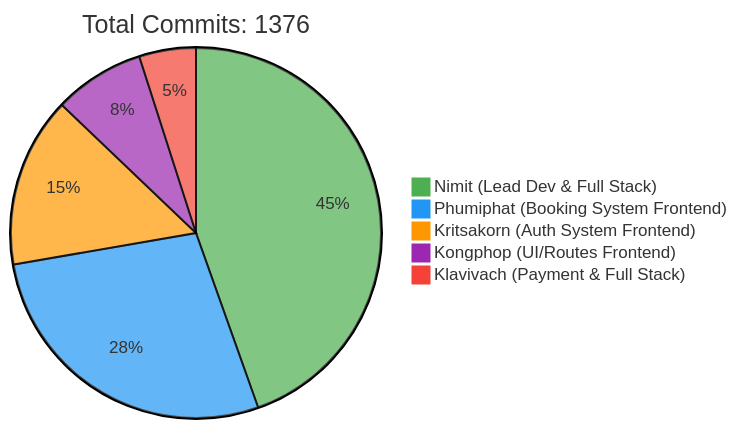
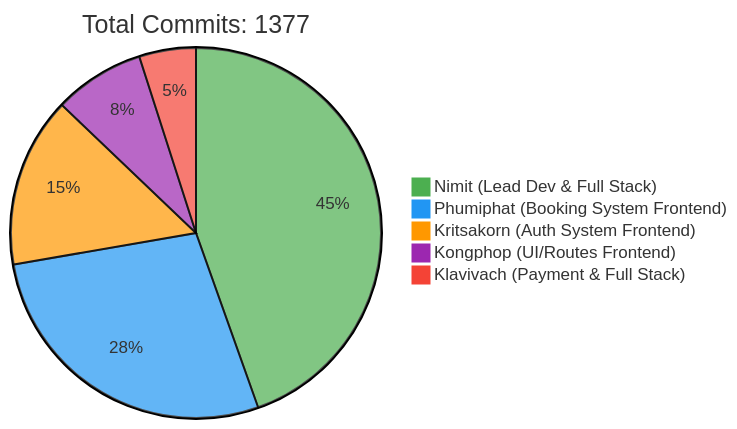
Before and after one commit to 6531503042/Sport-Complex: the first of 2 diagrams in README.md, drawn with Mermaid. The commit also changed other lines of this file, not shown here.

Commit message:
docs: Update contributor statistics [skip ci]

````diff
--- a/README.md
+++ b/README.md
@@ -257,10 +257,10 @@
 ```mermaid
 %%{init: {'theme': 'base', 'themeVariables': { 'pie1': '#4CAF50', 'pie2': '#2196F3', 'pie3': '#FF9800', 'pie4': '#9C27B0', 'pie5': '#F44336'}}}%%
 pie
-    title Total Commits: 1376
+    title Total Commits: 1377
     "Nimit (Lead Dev & Full Stack)" : 450
     "Phumiphat (Booking System Frontend)" : 280
     "Kritsakorn (Auth System Frontend)" : 150
     "Kongphop (UI/Routes Frontend)" : 80
     "Klavivach (Payment & Full Stack)" : 50
 ```
````
